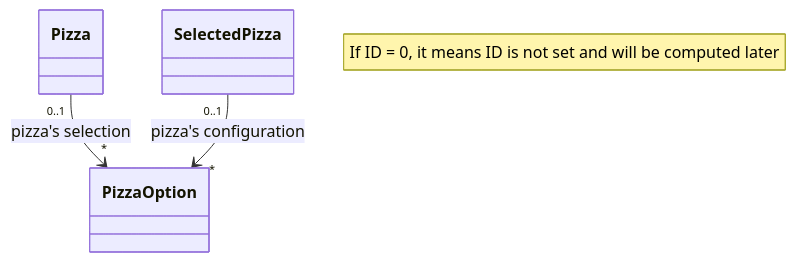
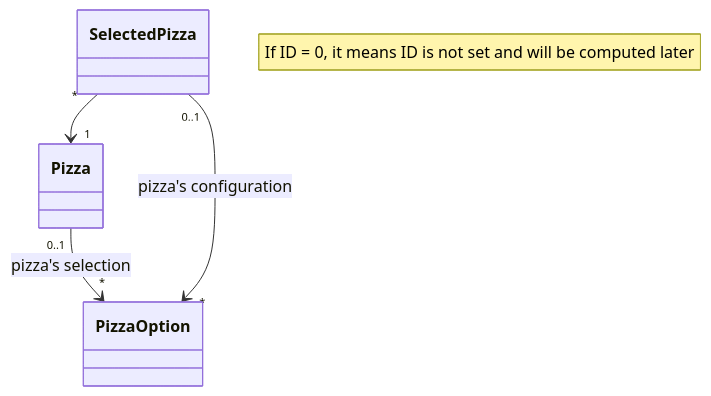
Before and after one commit to ekral/Utb.PizzaKiosk: the diagram in README.md, drawn with Mermaid.

````diff
--- a/README.md
+++ b/README.md
@@ -162,10 +162,11 @@
 ```mermaid
  classDiagram
    note "If ID = 0, it means ID is not set and will be computed later"
    %% direction LR
    class PizzaOption
    class Pizza
    class SelectedPizza
    Pizza "0..1" --> "*"  PizzaOption : pizza's selection
+   SelectedPizza "*" --> "1"  Pizza
    SelectedPizza "0..1" --> "*"  PizzaOption : pizza's configuration
 ```
````
